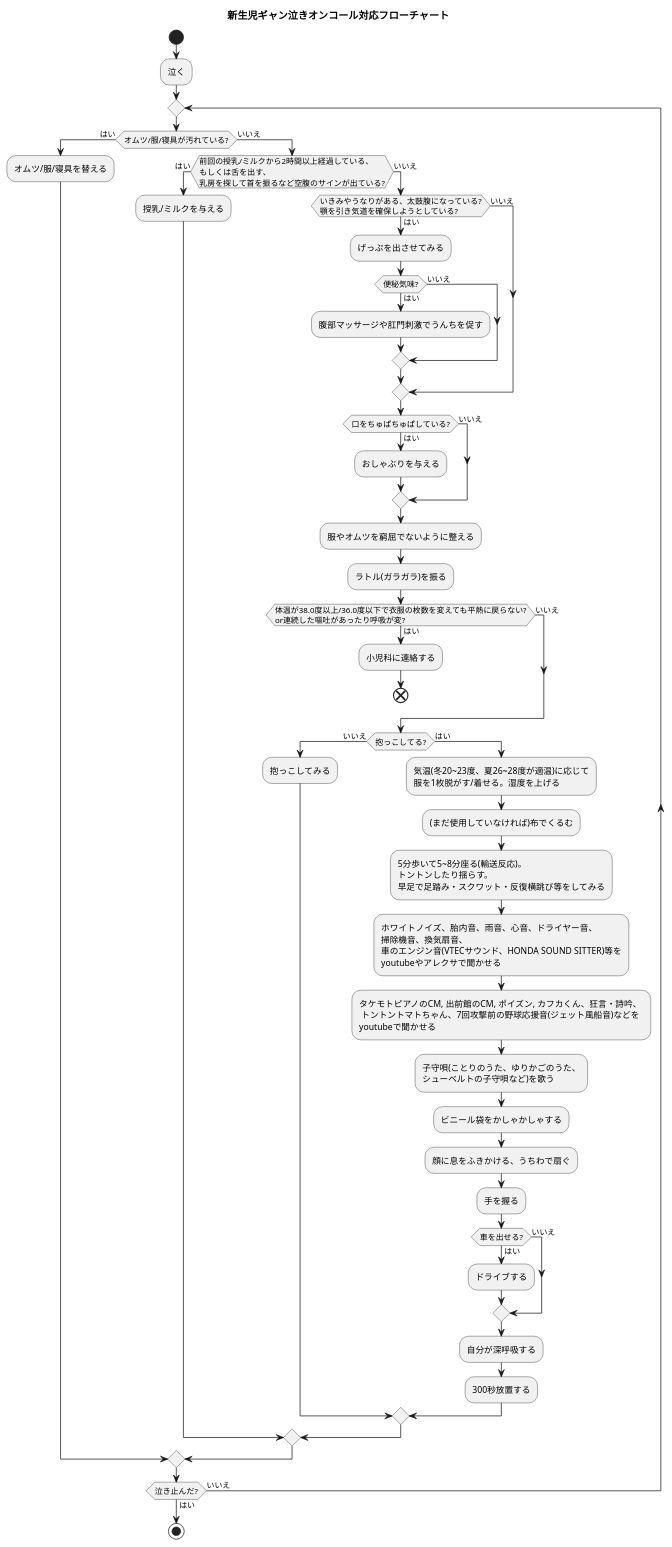
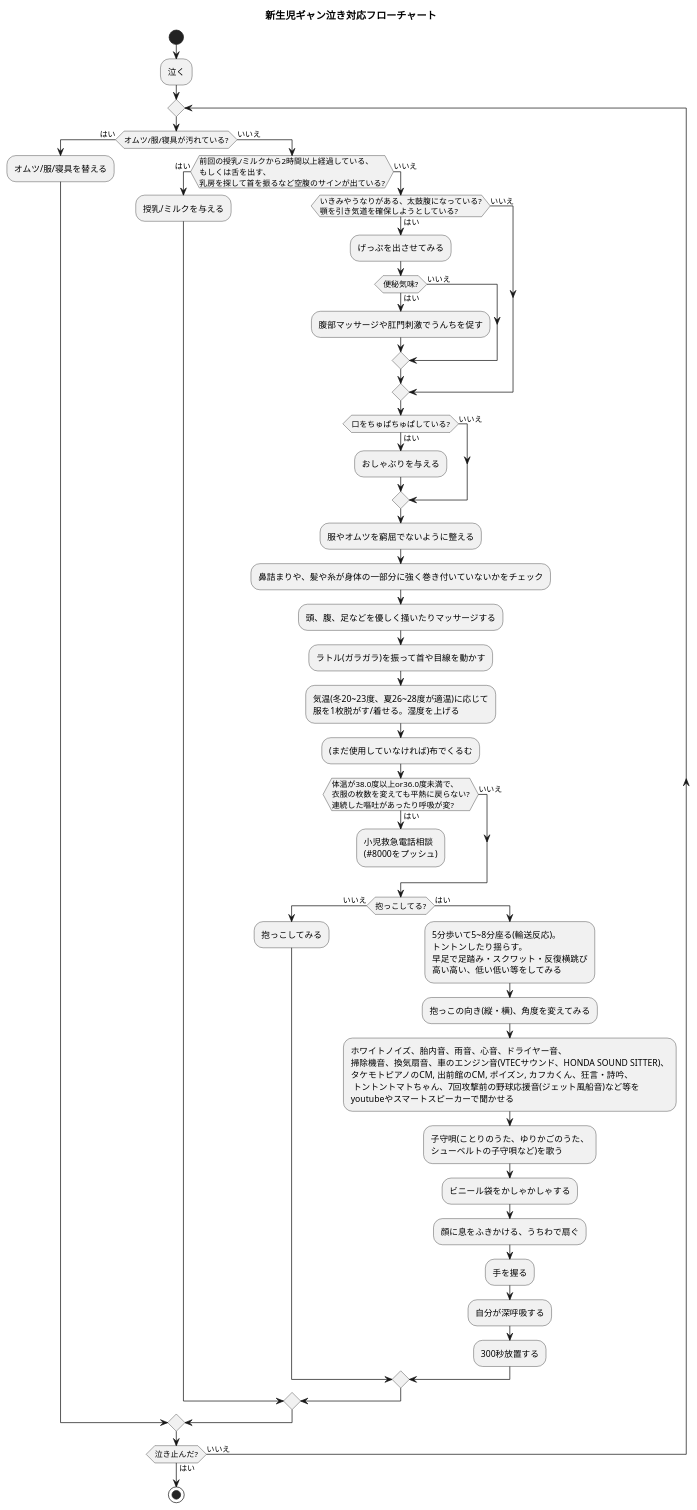
The diagram in flowchart.puml (dakimura/gyan-crying-oncall-playbook), drawn with PlantUML before and after one commit. The commit also changed 1 other file, not shown here.

```diff
--- a/flowchart.puml
+++ b/flowchart.puml
@@ -1,60 +1,57 @@
 @startuml
 
-'test
-title 新生児ギャン泣きオンコール対応フローチャート
+title 新生児ギャン泣き対応フローチャート
 start
 
 :泣く;
 
 repeat;
   if (オムツ/服/寝具が汚れている?) then (はい)
     :オムツ/服/寝具を替える;
   else (いいえ)
     if (前回の授乳/ミルクから2時間以上経過している、\nもしくは舌を出す、\n乳房を探して首を振るなど空腹のサインが出ている?) then (はい)
       :授乳/ミルクを与える;
     else (いいえ)
       if (いきみやうなりがある、太鼓腹になっている?\n顎を引き気道を確保しようとしている?) then (はい)
         :げっぷを出させてみる;
         if (便秘気味?) then (はい)
           :腹部マッサージや肛門刺激でうんちを促す;
         else (いいえ)
         endif
       else (いいえ)
       endif
       if (口をちゅぱちゅぱしている?) then (はい)
         :おしゃぶりを与える;
       else (いいえ)
       endif
       :服やオムツを窮屈でないように整える;
-      :ラトル(ガラガラ)を振る;
-      if (体温が38.0度以上/36.0度以下で衣服の枚数を変えても平熱に戻らない?\nor連続した嘔吐があったり呼吸が変?) then (はい)
-        :小児科に連絡する;
-        end
+      :鼻詰まりや、髪や糸が身体の一部分に強く巻き付いていないかをチェック;
+      :頭、腹、足などを優しく掻いたりマッサージする;
+      :ラトル(ガラガラ)を振って首や目線を動かす;
+      :気温(冬20~23度、夏26~28度が適温)に応じて\n服を1枚脱がす/着せる。湿度を上げる;
+      :(まだ使用していなければ)布でくるむ;
+      if (体温が38.0度以上or36.0度未満で、\n衣服の枚数を変えても平熱に戻らない?\n連続した嘔吐があったり呼吸が変?) then (はい)
+        :小児救急電話相談\n(#8000をプッシュ);
+        kill
       else (いいえ)
       endif
       if (抱っこしてる?) then (いいえ)
         :抱っこしてみる;
       else (はい)
-        :気温(冬20~23度、夏26~28度が適温)に応じて\n服を1枚脱がす/着せる。湿度を上げる;
-        :(まだ使用していなければ)布でくるむ;
-        :5分歩いて5~8分座る(輸送反応)。\nトントンしたり揺らす。\n早足で足踏み・スクワット・反復横跳び等をしてみる;
-        :ホワイトノイズ、胎内音、雨音、心音、ドライヤー音、\n掃除機音、換気扇音、\n車のエンジン音(VTECサウンド、HONDA SOUND SITTER)等を\nyoutubeやアレクサで聞かせる;
-        :タケモトピアノのCM, 出前館のCM, ポイズン, カフカくん、狂言・詩吟、 \n トントントマトちゃん、7回攻撃前の野球応援音(ジェット風船音)などを\nyoutubeで聞かせる;
+        :5分歩いて5~8分座る(輸送反応)。\nトントンしたり揺らす。\n早足で足踏み・スクワット・反復横跳び\n高い高い、低い低い等をしてみる;
+        :抱っこの向き(縦・横)、角度を変えてみる;
+        :ホワイトノイズ、胎内音、雨音、心音、ドライヤー音、\n掃除機音、換気扇音、車のエンジン音(VTECサウンド、HONDA SOUND SITTER)、\nタケモトピアノのCM, 出前館のCM, ポイズン, カフカくん、狂言・詩吟、 \n トントントマトちゃん、7回攻撃前の野球応援音(ジェット風船音)など等を\nyoutubeやスマートスピーカーで聞かせる;
         :子守唄(ことりのうた、ゆりかごのうた、\nシューベルトの子守唄など)を歌う;
         :ビニール袋をかしゃかしゃする;
         :顔に息をふきかける、うちわで扇ぐ;
         :手を握る;
-        if (車を出せる?) then (はい)
-          :ドライブする;
-        else (いいえ)
-        endif
         :自分が深呼吸する;
         :300秒放置する;
       endif
     endif
   endif
 repeat while (泣き止んだ?) is (いいえ) not (はい)
 
 stop
 
 @enduml
```
